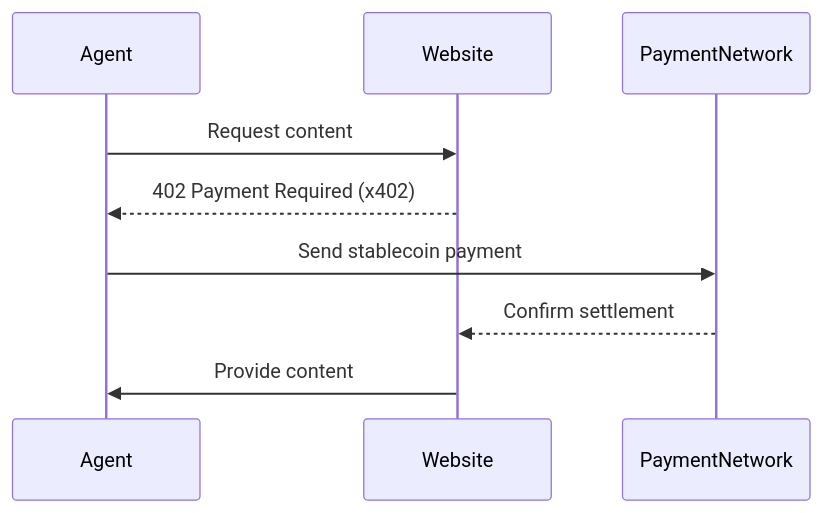
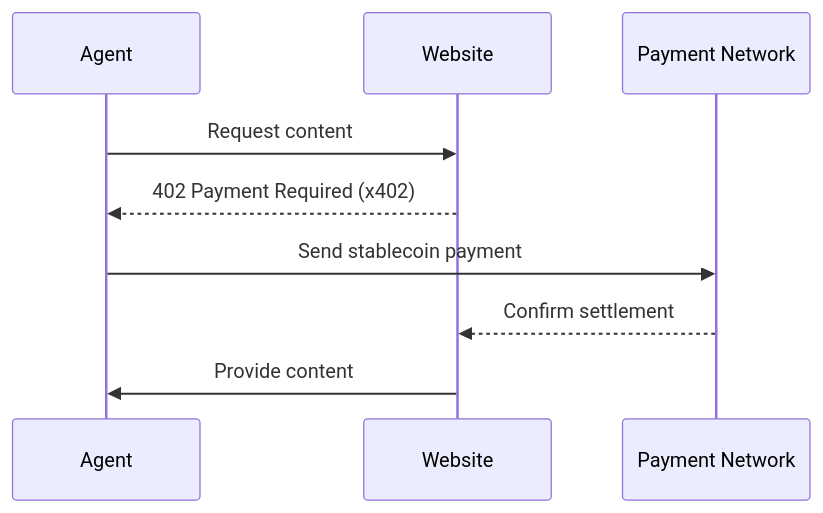
One commit to cjlludwig/cjlludwig.github.io changed the diagram in blogs/12-3-25-aifinservices.md. Above: the diagram before and after it, drawn with Mermaid.

````diff
--- a/blogs/12-3-25-aifinservices.md
+++ b/blogs/12-3-25-aifinservices.md
@@ -70,12 +70,12 @@
 ```mermaid
 sequenceDiagram
-    participant Agent
-    participant Website
-    participant PaymentNetwork
+    participant A as Agent
+    participant W as Website
+    participant P as Payment Network
 
-    Agent->>Website: Request content
-    Website-->>Agent: 402 Payment Required (x402)
-    Agent->>PaymentNetwork: Send stablecoin payment
-    PaymentNetwork-->>Website: Confirm settlement
-    Website->>Agent: Provide content
+    A->>W: Request content
+    W-->>A: 402 Payment Required (x402)
+    A->>P: Send stablecoin payment
+    P-->>W: Confirm settlement
+    W->>A: Provide content
 ```
````
